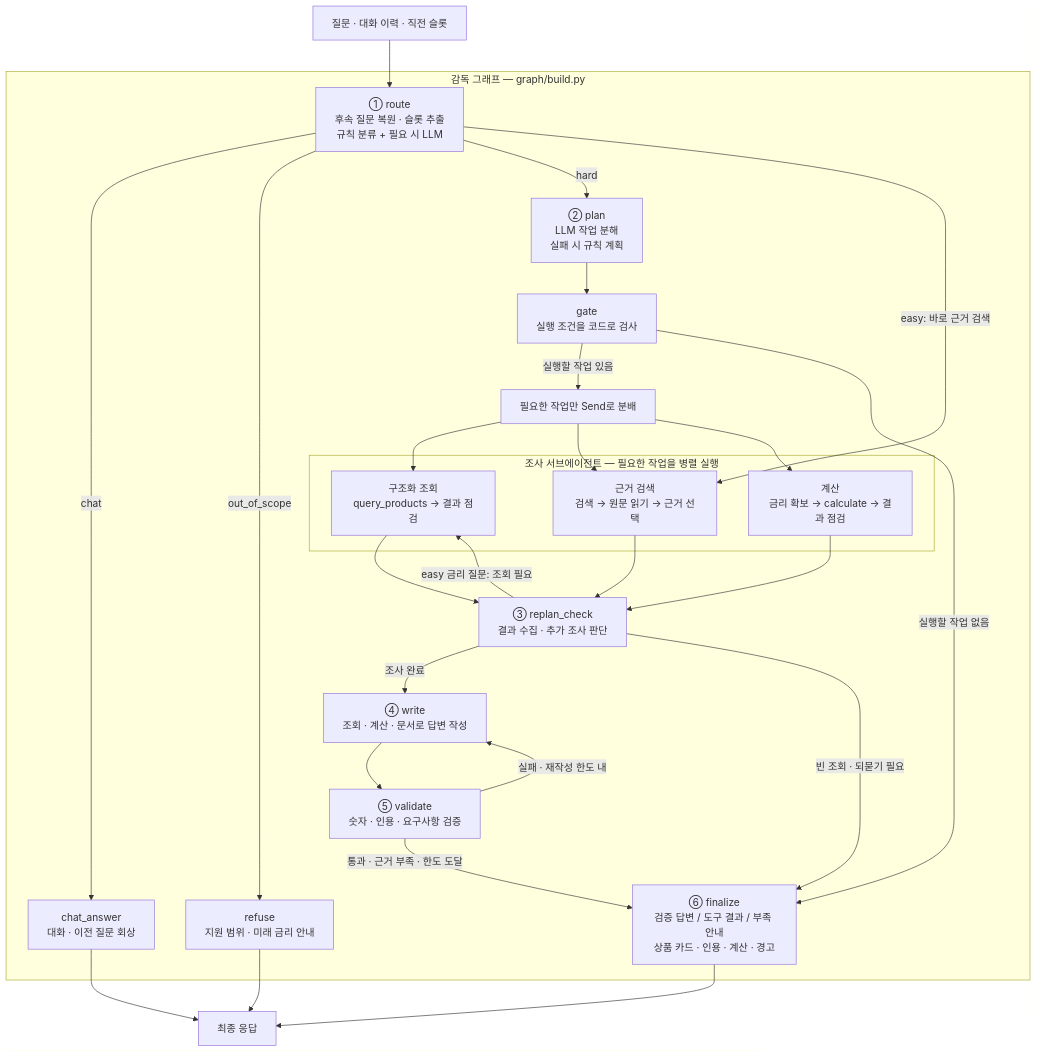
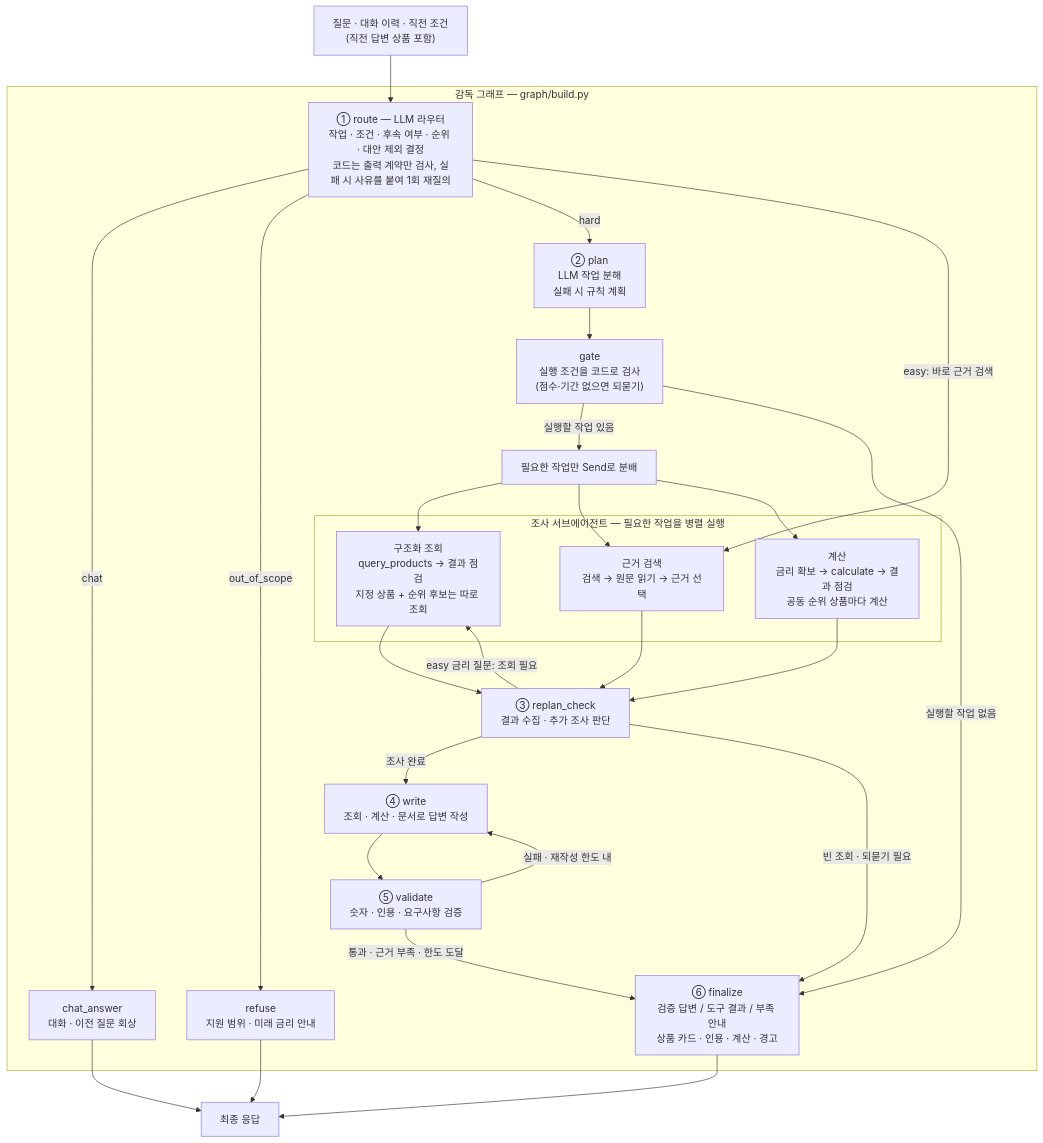
One commit to seoung-mun/skala-ai-mini changed the second of 2 diagrams in README.md. Above: the diagram before and after it, drawn with Mermaid. The commit also changed other lines of this file, not shown here.

Commit message:
docs: README에 LLM 라우팅·워크플로 분리·실사용 시나리오·한계 반영

````diff
--- a/README.md
+++ b/README.md
@@ -164,46 +166,46 @@
 ```mermaid
 flowchart TB
-    Input["질문 · 대화 이력 · 직전 슬롯"] --> Route
+    Input["질문 · 대화 이력 · 직전 조건<br/>(직전 답변 상품 포함)"] --> Route
 
     subgraph Supervisor["감독 그래프 — graph/build.py"]
-        Route["① route<br/>후속 질문 복원 · 슬롯 추출<br/>규칙 분류 + 필요 시 LLM"]
+        Route["① route — LLM 라우터<br/>작업 · 조건 · 후속 여부 · 순위 · 대안 제외 결정<br/>코드는 출력 계약만 검사, 실패 시 사유를 붙여 1회 재질의"]
 
         Route -->|chat| Chat["chat_answer<br/>대화 · 이전 질문 회상"]
         Route -->|out_of_scope| Refuse["refuse<br/>지원 범위 · 미래 금리 안내"]
         Route -->|hard| Plan["② plan<br/>LLM 작업 분해<br/>실패 시 규칙 계획"]
-        Plan --> Gate["gate<br/>실행 조건을 코드로 검사"]
+        Plan --> Gate["gate<br/>실행 조건을 코드로 검사<br/>(점수·기간 없으면 되묻기)"]
         Gate -->|"실행할 작업 있음"| Dispatch["필요한 작업만 Send로 분배"]
         Gate -->|"실행할 작업 없음"| Finalize
 
         Route -->|"easy: 바로 근거 검색"| RAG
 
         subgraph Workers["조사 서브에이전트 — 필요한 작업을 병렬 실행"]
-            Structured["구조화 조회<br/>query_products → 결과 점검"]
+            Structured["구조화 조회<br/>query_products → 결과 점검<br/>지정 상품 + 순위 후보는 따로 조회"]
             RAG["근거 검색<br/>검색 → 원문 읽기 → 근거 선택"]
-            Calc["계산<br/>금리 확보 → calculate → 결과 점검"]
+            Calc["계산<br/>금리 확보 → calculate → 결과 점검<br/>공동 순위 상품마다 계산"]
         end
 
         Dispatch --> Structured
         Dispatch --> RAG
         Dispatch --> Calc
 
         Structured --> Collect
         RAG --> Collect
         Calc --> Collect
 
         Collect["③ replan_check<br/>결과 수집 · 추가 조사 판단"]
         Collect -->|"easy 금리 질문: 조회 필요"| Structured
         Collect -->|"조사 완료"| Write["④ write<br/>조회 · 계산 · 문서로 답변 작성"]
         Collect -->|"빈 조회 · 되묻기 필요"| Finalize
 
         Write --> Validate["⑤ validate<br/>숫자 · 인용 · 요구사항 검증"]
         Validate -->|"실패 · 재작성 한도 내"| Write
         Validate -->|"통과 · 근거 부족 · 한도 도달"| Finalize
 
         Finalize["⑥ finalize<br/>검증 답변 / 도구 결과 / 부족 안내<br/>상품 카드 · 인용 · 계산 · 경고"]
     end
 
     Chat --> Output["최종 응답"]
     Refuse --> Output
     Finalize --> Output
 ```
````
